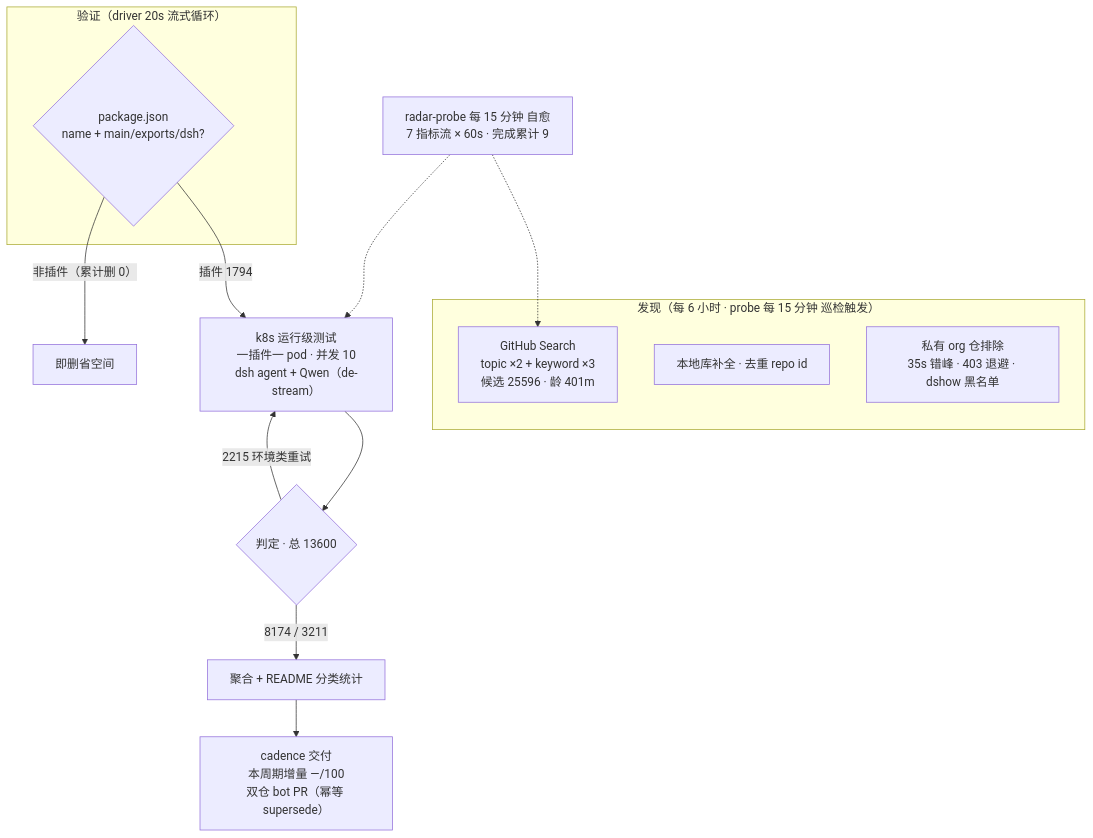
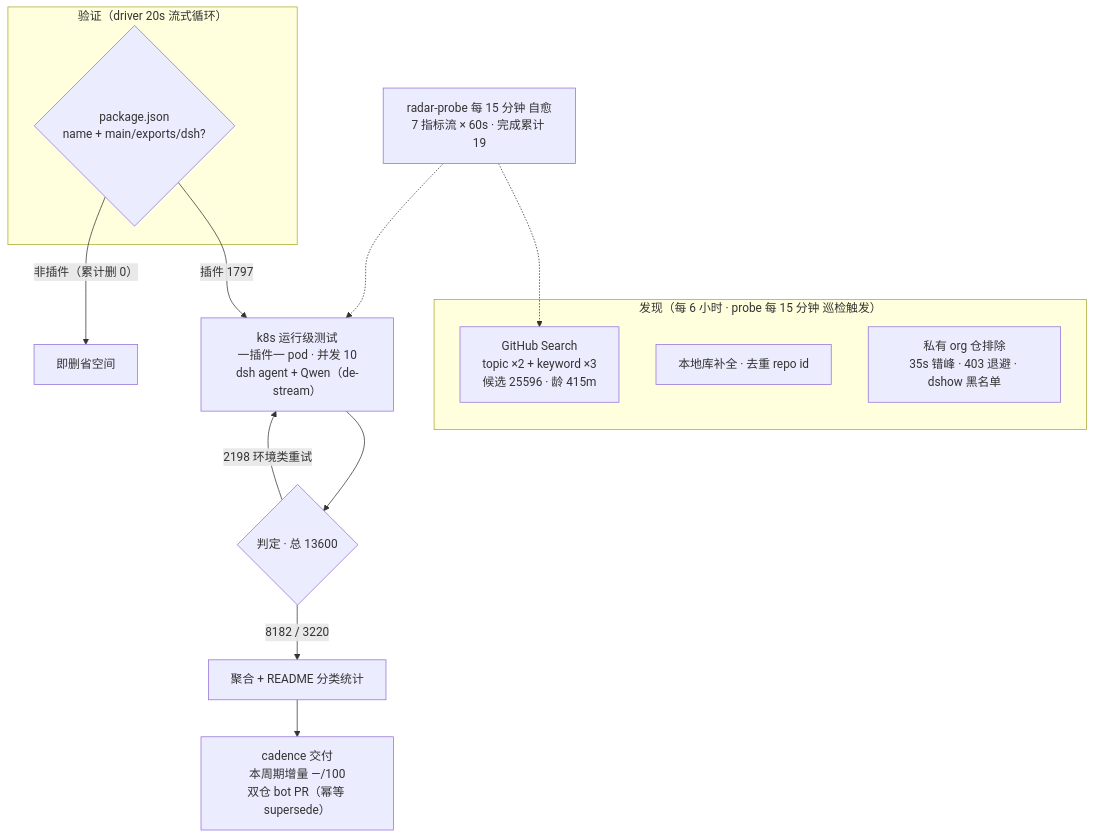
Before and after one commit to Zhidao-Lab-OSS/awesome-dsh-plugins: the diagram in README.md, drawn with Mermaid. The commit also changed other lines of this file and 1 other file, not shown here.

````diff
--- a/README.md
+++ b/README.md
@@ -159,20 +159,20 @@
 ```mermaid
 flowchart TB
     subgraph Discovery["发现（每 6 小时 · probe 每 15 分钟 巡检触发）"]
-        A1["GitHub Search<br/>topic ×2 + keyword ×3<br/>候选 25596 · 龄 401m"]
+        A1["GitHub Search<br/>topic ×2 + keyword ×3<br/>候选 25596 · 龄 415m"]
         A2["本地库补全 · 去重 repo id"]
         A3["私有 org 仓排除<br/>35s 错峰 · 403 退避 · dshow 黑名单"]
     end
     subgraph Validation["验证（driver 20s 流式循环）"]
         B1{"package.json<br/>name + main/exports/dsh?"}
     end
-    B1 -->|"插件 1794"| C1["k8s 运行级测试<br/>一插件一 pod · 并发 10<br/>dsh agent + Qwen（de-stream）"]
+    B1 -->|"插件 1797"| C1["k8s 运行级测试<br/>一插件一 pod · 并发 10<br/>dsh agent + Qwen（de-stream）"]
     B1 -->|"非插件（累计删 0）"| B3["即删省空间"]
     C1 --> D1{"判定 · 总 13600"}
-    D1 -->|"8174 / 3211"| E1["聚合 + README 分类统计"]
-    D1 -->|"2215 环境类重试"| C1
+    D1 -->|"8182 / 3220"| E1["聚合 + README 分类统计"]
+    D1 -->|"2198 环境类重试"| C1
     E1 --> E2["cadence 交付<br/>本周期增量 —/100<br/>双仓 bot PR（幂等 supersede）"]
-    M["radar-probe 每 15 分钟 自愈<br/>7 指标流 × 60s · 完成累计 9"]
+    M["radar-probe 每 15 分钟 自愈<br/>7 指标流 × 60s · 完成累计 19"]
     M -.-> A1
     M -.-> C1
 ```
````
